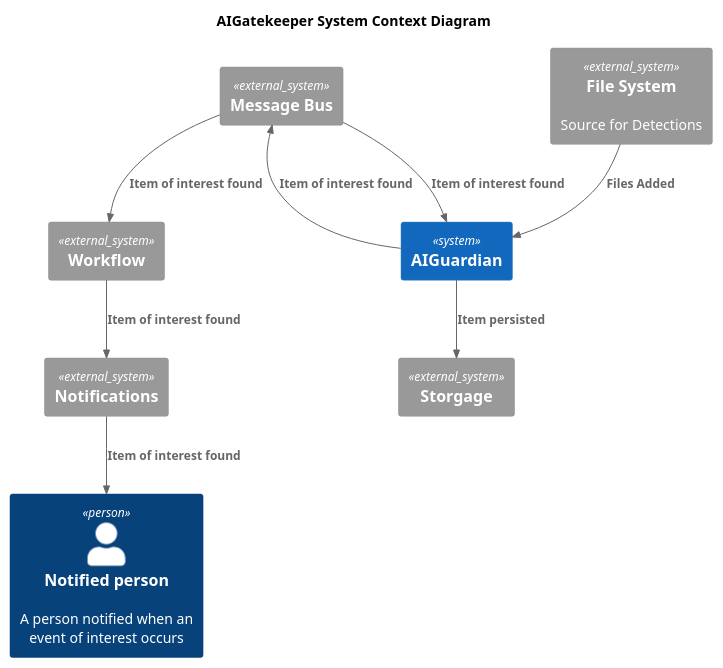
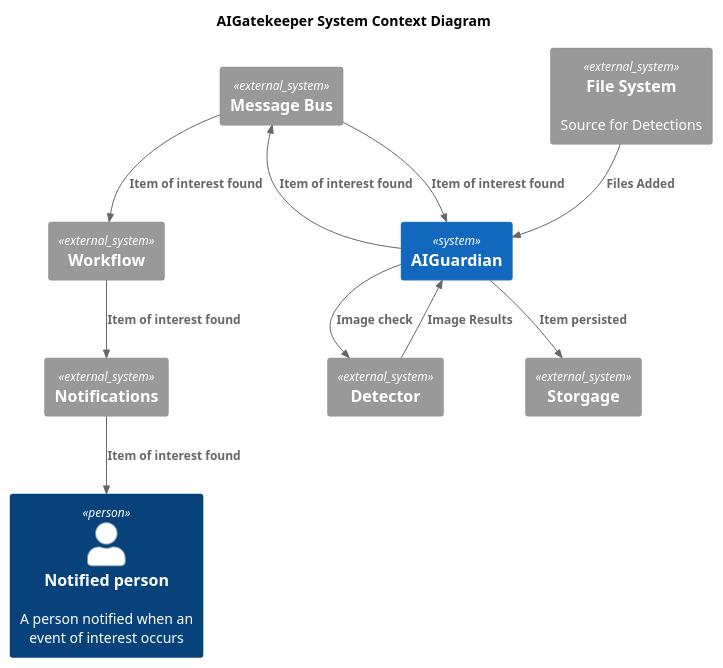
Before and after one commit to johnhinz/AIGatekeeper: the diagram in diagrams/systemcontext.puml, drawn with PlantUML. The commit also changed 1 other file, not shown here.

Commit message:
added detector service to c4 diagrams

```diff
--- a/diagrams/systemcontext.puml
+++ b/diagrams/systemcontext.puml
@@ -1,28 +1,33 @@
 @startuml 
 !includeurl https://raw.githubusercontent.com/RicardoNiepel/C4-PlantUML/master/C4_Context.puml
  
 title AIGatekeeper System Context Diagram 
 
 
  
 Person(recipient, "Notified person", "A person notified when an event of interest occurs")
 
 System(guard, "AIGuardian")
 
 System_Ext(filesys, "File System", "Source for Detections")
 System_Ext(bus, "Message Bus")
 System_Ext(notification, "Notifications")
 System_Ext(workflow, "Workflow")
 System_Ext(persist, "Storgage")
+System_Ext(detect, "Detector")
 
 Rel(filesys, guard, "Files Added")
+
+Rel(guard, detect, "Image check")
+Rel(detect, guard, "Image Results")
+
 Rel(guard, bus, "Item of interest found")
 Rel(bus, guard, "Item of interest found")
 Rel(bus, workflow, "Item of interest found")
 Rel(guard, persist, "Item persisted")
 Rel(workflow, notification, "Item of interest found")
 Rel(notification, recipient, "Item of interest found")
 
 
 
 @enduml
```
